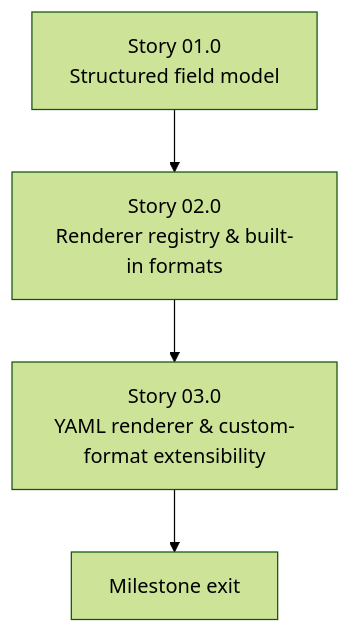
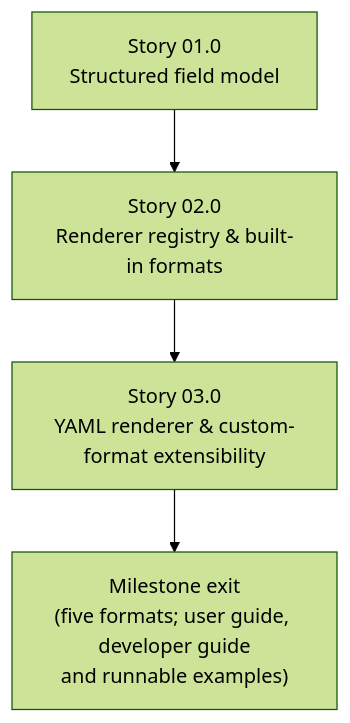
One commit to yuchdev/SmbiosUtil changed the diagram in docs/roadmap/0009-structured-output-formats/plan.md. Above: the diagram before and after it, drawn with Mermaid (forest theme). The commit also changed other lines of this file and 7 other files, not shown here.

First line of the commit message:
docs(roadmap/0009): add examples-and-documentation task (Story 03.0 Task 03, R7)

````diff
--- a/docs/roadmap/0009-structured-output-formats/plan.md
+++ b/docs/roadmap/0009-structured-output-formats/plan.md
@@ -188,6 +205,6 @@
 ```mermaid
 flowchart TD
     A["Story 01.0<br/>Structured field model"] --> B["Story 02.0<br/>Renderer registry & built-in formats"]
     B --> C["Story 03.0<br/>YAML renderer & custom-format extensibility"]
-    C --> M["Milestone exit"]
+    C --> M["Milestone exit<br/>(five formats; user guide, developer guide<br/>and runnable examples)"]
 ```
````
